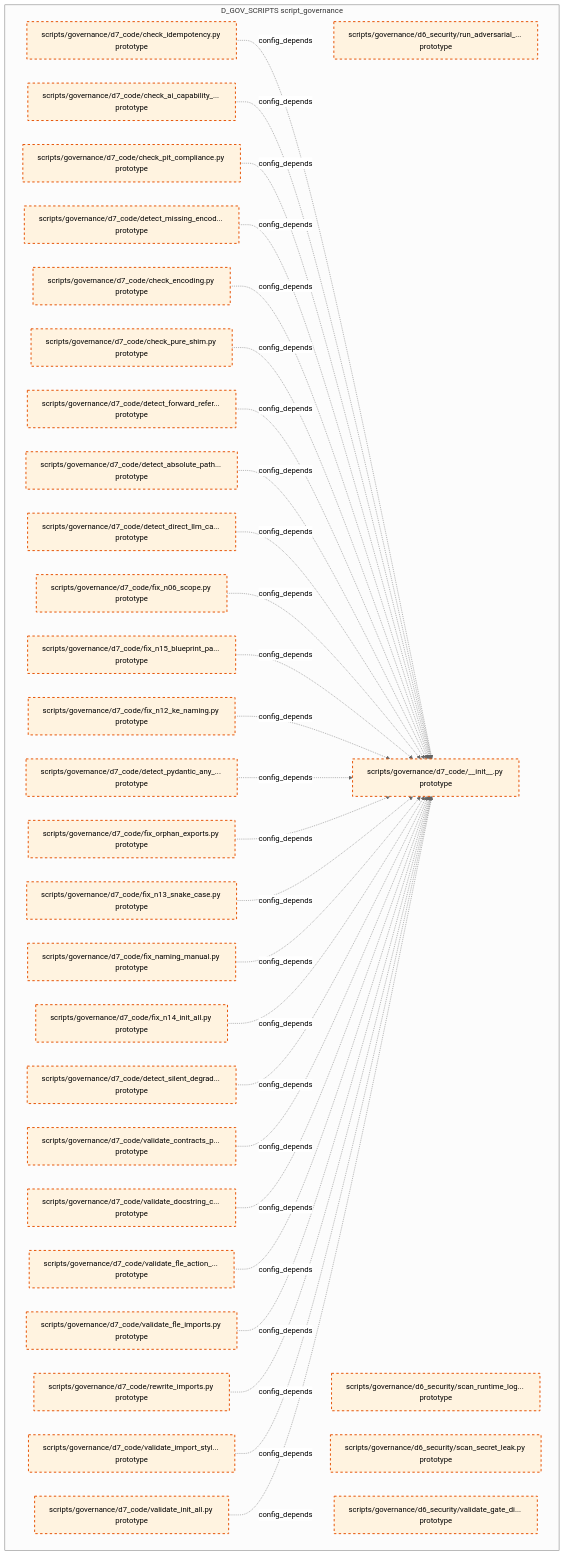
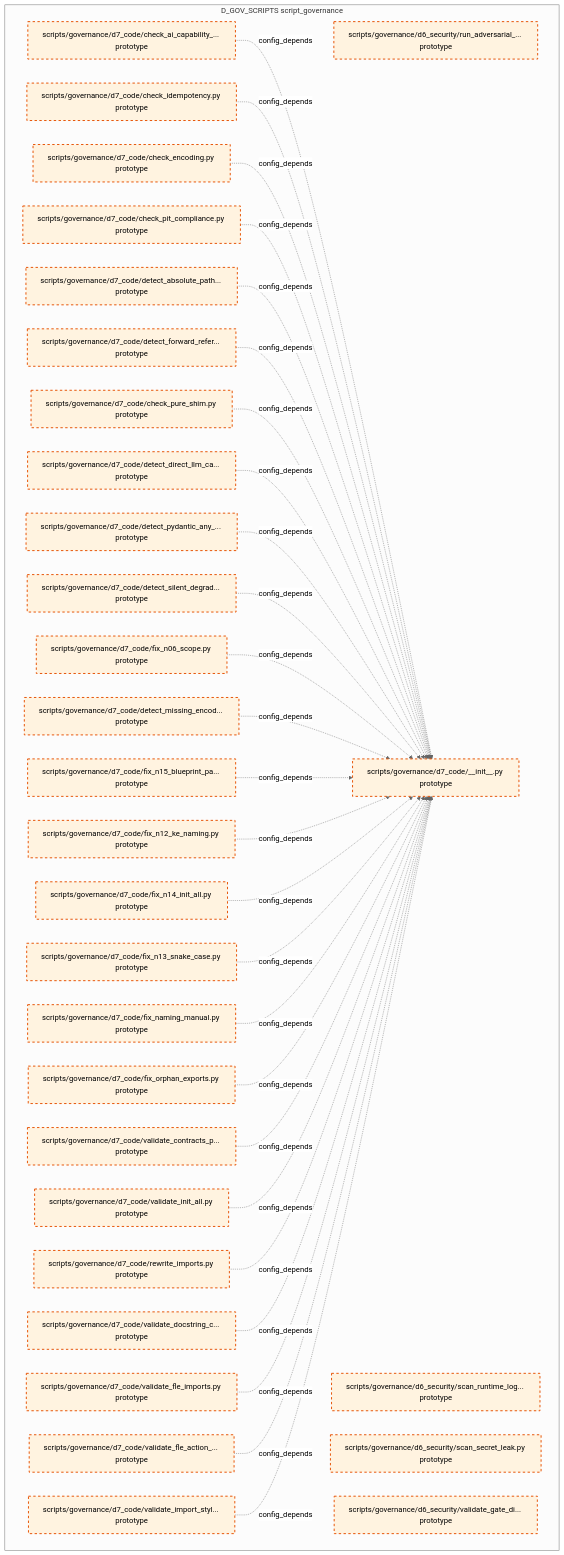
One commit to xuanFelixVan/ZephyrAlpha changed the tenth of 15 diagrams in docs/02_enterprise_architecture/02_domain_architecture_docs/37_d_gov_scripts.md. Above: the diagram before and after it, drawn with Mermaid (neutral theme). The commit also changed other lines of this file and 97 other files, not shown here.

````diff
--- a/docs/02_enterprise_architecture/02_domain_architecture_docs/37_d_gov_scripts.md
+++ b/docs/02_enterprise_architecture/02_domain_architecture_docs/37_d_gov_scripts.md
@@ -696,65 +697,65 @@
 ```mermaid
 graph TD
     subgraph D_GOV_SCRIPTS["D_GOV_SCRIPTS script_governance"]
         scripts_governance_d6_security_run_adversarial_checks_py["scripts/governance/d6_security/run_adversarial_... prototype"]
         scripts_governance_d6_security_scan_runtime_log_secrets_py["scripts/governance/d6_security/scan_runtime_log... prototype"]
         scripts_governance_d6_security_scan_secret_leak_py["scripts/governance/d6_security/scan_secret_leak.py prototype"]
         scripts_governance_d6_security_validate_gate_discipline_py["scripts/governance/d6_security/validate_gate_di... prototype"]
         scripts_governance_d7_code_init_py["scripts/governance/d7_code/__init__.py prototype"]
         scripts_governance_d7_code_check_ai_capability_boundary_py["scripts/governance/d7_code/check_ai_capability_... prototype"]
         scripts_governance_d7_code_check_encoding_py["scripts/governance/d7_code/check_encoding.py prototype"]
         scripts_governance_d7_code_check_idempotency_py["scripts/governance/d7_code/check_idempotency.py prototype"]
         scripts_governance_d7_code_check_pit_compliance_py["scripts/governance/d7_code/check_pit_compliance.py prototype"]
         scripts_governance_d7_code_check_pure_shim_py["scripts/governance/d7_code/check_pure_shim.py prototype"]
         scripts_governance_d7_code_detect_absolute_path_hardcoding_py["scripts/governance/d7_code/detect_absolute_path... prototype"]
         scripts_governance_d7_code_detect_direct_llm_calls_py["scripts/governance/d7_code/detect_direct_llm_ca... prototype"]
         scripts_governance_d7_code_detect_forward_reference_py["scripts/governance/d7_code/detect_forward_refer... prototype"]
         scripts_governance_d7_code_detect_missing_encoding_py["scripts/governance/d7_code/detect_missing_encod... prototype"]
         scripts_governance_d7_code_detect_pydantic_any_fields_py["scripts/governance/d7_code/detect_pydantic_any_... prototype"]
         scripts_governance_d7_code_detect_silent_degradation_py["scripts/governance/d7_code/detect_silent_degrad... prototype"]
         scripts_governance_d7_code_fix_n06_scope_py["scripts/governance/d7_code/fix_n06_scope.py prototype"]
         scripts_governance_d7_code_fix_n12_ke_naming_py["scripts/governance/d7_code/fix_n12_ke_naming.py prototype"]
         scripts_governance_d7_code_fix_n13_snake_case_py["scripts/governance/d7_code/fix_n13_snake_case.py prototype"]
         scripts_governance_d7_code_fix_n14_init_all_py["scripts/governance/d7_code/fix_n14_init_all.py prototype"]
         scripts_governance_d7_code_fix_n15_blueprint_path_py["scripts/governance/d7_code/fix_n15_blueprint_pa... prototype"]
         scripts_governance_d7_code_fix_naming_manual_py["scripts/governance/d7_code/fix_naming_manual.py prototype"]
         scripts_governance_d7_code_fix_orphan_exports_py["scripts/governance/d7_code/fix_orphan_exports.py prototype"]
         scripts_governance_d7_code_rewrite_imports_py["scripts/governance/d7_code/rewrite_imports.py prototype"]
         scripts_governance_d7_code_validate_contracts_purity_py["scripts/governance/d7_code/validate_contracts_p... prototype"]
         scripts_governance_d7_code_validate_docstring_coverage_py["scripts/governance/d7_code/validate_docstring_c... prototype"]
         scripts_governance_d7_code_validate_fle_action_metadata_py["scripts/governance/d7_code/validate_fle_action_... prototype"]
         scripts_governance_d7_code_validate_fle_imports_py["scripts/governance/d7_code/validate_fle_imports.py prototype"]
         scripts_governance_d7_code_validate_import_style_py["scripts/governance/d7_code/validate_import_styl... prototype"]
         scripts_governance_d7_code_validate_init_all_py["scripts/governance/d7_code/validate_init_all.py prototype"]
     end
+    scripts_governance_d7_code_check_ai_capability_boundary_py -.->|config_depends| scripts_governance_d7_code_init_py
     scripts_governance_d7_code_check_idempotency_py -.->|config_depends| scripts_governance_d7_code_init_py
-    scripts_governance_d7_code_check_ai_capability_boundary_py -.->|config_depends| scripts_governance_d7_code_init_py
+    scripts_governance_d7_code_check_encoding_py -.->|config_depends| scripts_governance_d7_code_init_py
     scripts_governance_d7_code_check_pit_compliance_py -.->|config_depends| scripts_governance_d7_code_init_py
+    scripts_governance_d7_code_detect_absolute_path_hardcoding_py -.->|config_depends| scripts_governance_d7_code_init_py
+    scripts_governance_d7_code_detect_forward_reference_py -.->|config_depends| scripts_governance_d7_code_init_py
+    scripts_governance_d7_code_check_pure_shim_py -.->|config_depends| scripts_governance_d7_code_init_py
+    scripts_governance_d7_code_detect_direct_llm_calls_py -.->|config_depends| scripts_governance_d7_code_init_py
+    scripts_governance_d7_code_detect_pydantic_any_fields_py -.->|config_depends| scripts_governance_d7_code_init_py
+    scripts_governance_d7_code_detect_silent_degradation_py -.->|config_depends| scripts_governance_d7_code_init_py
+    scripts_governance_d7_code_fix_n06_scope_py -.->|config_depends| scripts_governance_d7_code_init_py
     scripts_governance_d7_code_detect_missing_encoding_py -.->|config_depends| scripts_governance_d7_code_init_py
-    scripts_governance_d7_code_check_encoding_py -.->|config_depends| scripts_governance_d7_code_init_py
-    scripts_governance_d7_code_check_pure_shim_py -.->|config_depends| scripts_governance_d7_code_init_py
-    scripts_governance_d7_code_detect_forward_reference_py -.->|config_depends| scripts_governance_d7_code_init_py
-    scripts_governance_d7_code_detect_absolute_path_hardcoding_py -.->|config_depends| scripts_governance_d7_code_init_py
-    scripts_governance_d7_code_detect_direct_llm_calls_py -.->|config_depends| scripts_governance_d7_code_init_py
-    scripts_governance_d7_code_fix_n06_scope_py -.->|config_depends| scripts_governance_d7_code_init_py
     scripts_governance_d7_code_fix_n15_blueprint_path_py -.->|config_depends| scripts_governance_d7_code_init_py
     scripts_governance_d7_code_fix_n12_ke_naming_py -.->|config_depends| scripts_governance_d7_code_init_py
-    scripts_governance_d7_code_detect_pydantic_any_fields_py -.->|config_depends| scripts_governance_d7_code_init_py
-    scripts_governance_d7_code_fix_orphan_exports_py -.->|config_depends| scripts_governance_d7_code_init_py
+    scripts_governance_d7_code_fix_n14_init_all_py -.->|config_depends| scripts_governance_d7_code_init_py
     scripts_governance_d7_code_fix_n13_snake_case_py -.->|config_depends| scripts_governance_d7_code_init_py
     scripts_governance_d7_code_fix_naming_manual_py -.->|config_depends| scripts_governance_d7_code_init_py
-    scripts_governance_d7_code_fix_n14_init_all_py -.->|config_depends| scripts_governance_d7_code_init_py
-    scripts_governance_d7_code_detect_silent_degradation_py -.->|config_depends| scripts_governance_d7_code_init_py
+    scripts_governance_d7_code_fix_orphan_exports_py -.->|config_depends| scripts_governance_d7_code_init_py
     scripts_governance_d7_code_validate_contracts_purity_py -.->|config_depends| scripts_governance_d7_code_init_py
+    scripts_governance_d7_code_validate_init_all_py -.->|config_depends| scripts_governance_d7_code_init_py
+    scripts_governance_d7_code_rewrite_imports_py -.->|config_depends| scripts_governance_d7_code_init_py
     scripts_governance_d7_code_validate_docstring_coverage_py -.->|config_depends| scripts_governance_d7_code_init_py
+    scripts_governance_d7_code_validate_fle_imports_py -.->|config_depends| scripts_governance_d7_code_init_py
     scripts_governance_d7_code_validate_fle_action_metadata_py -.->|config_depends| scripts_governance_d7_code_init_py
-    scripts_governance_d7_code_validate_fle_imports_py -.->|config_depends| scripts_governance_d7_code_init_py
-    scripts_governance_d7_code_rewrite_imports_py -.->|config_depends| scripts_governance_d7_code_init_py
     scripts_governance_d7_code_validate_import_style_py -.->|config_depends| scripts_governance_d7_code_init_py
-    scripts_governance_d7_code_validate_init_all_py -.->|config_depends| scripts_governance_d7_code_init_py
     classDef production fill:#e1f5fe,stroke:#01579b,stroke-width:2px,color:#000
     classDef design fill:#fff3e0,stroke:#e65100,stroke-width:2px,color:#000,stroke-dasharray: 5 5
     classDef external_prod fill:#e8f5e9,stroke:#1b5e20,stroke-width:1px,color:#000
     classDef external_design fill:#fce4ec,stroke:#880e4f,stroke-width:1px,color:#000,stroke-dasharray: 5 5
     class scripts_governance_d6_security_run_adversarial_checks_py,scripts_governance_d6_security_scan_runtime_log_secrets_py,scripts_governance_d6_security_scan_secret_leak_py,scripts_governance_d6_security_validate_gate_discipline_py,scripts_governance_d7_code_init_py,scripts_governance_d7_code_check_ai_capability_boundary_py,scripts_governance_d7_code_check_encoding_py,scripts_governance_d7_code_check_idempotency_py,scripts_governance_d7_code_check_pit_compliance_py,scripts_governance_d7_code_check_pure_shim_py,scripts_governance_d7_code_detect_absolute_path_hardcoding_py,scripts_governance_d7_code_detect_direct_llm_calls_py,scripts_governance_d7_code_detect_forward_reference_py,scripts_governance_d7_code_detect_missing_encoding_py,scripts_governance_d7_code_detect_pydantic_any_fields_py,scripts_governance_d7_code_detect_silent_degradation_py,scripts_governance_d7_code_fix_n06_scope_py,scripts_governance_d7_code_fix_n12_ke_naming_py,scripts_governance_d7_code_fix_n13_snake_case_py,scripts_governance_d7_code_fix_n14_init_all_py,scripts_governance_d7_code_fix_n15_blueprint_path_py,scripts_governance_d7_code_fix_naming_manual_py,scripts_governance_d7_code_fix_orphan_exports_py,scripts_governance_d7_code_rewrite_imports_py,scripts_governance_d7_code_validate_contracts_purity_py,scripts_governance_d7_code_validate_docstring_coverage_py,scripts_governance_d7_code_validate_fle_action_metadata_py,scripts_governance_d7_code_validate_fle_imports_py,scripts_governance_d7_code_validate_import_style_py,scripts_governance_d7_code_validate_init_all_py design
 ```
````
